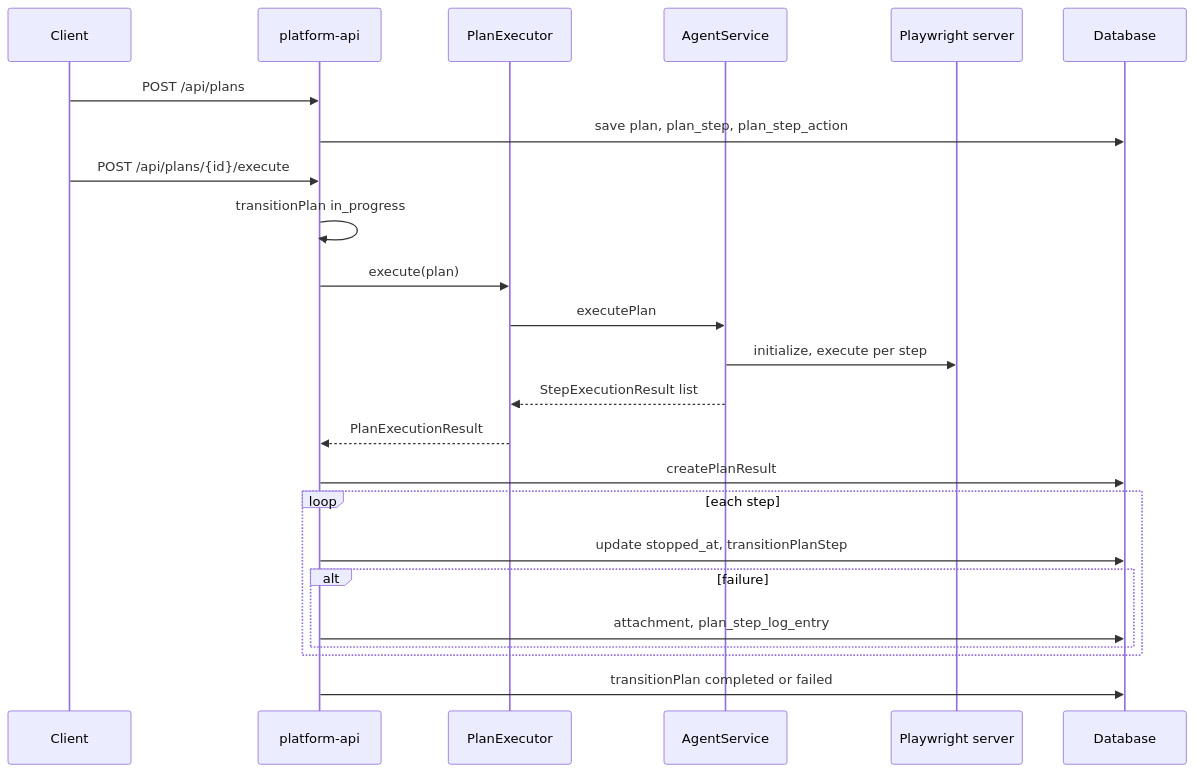
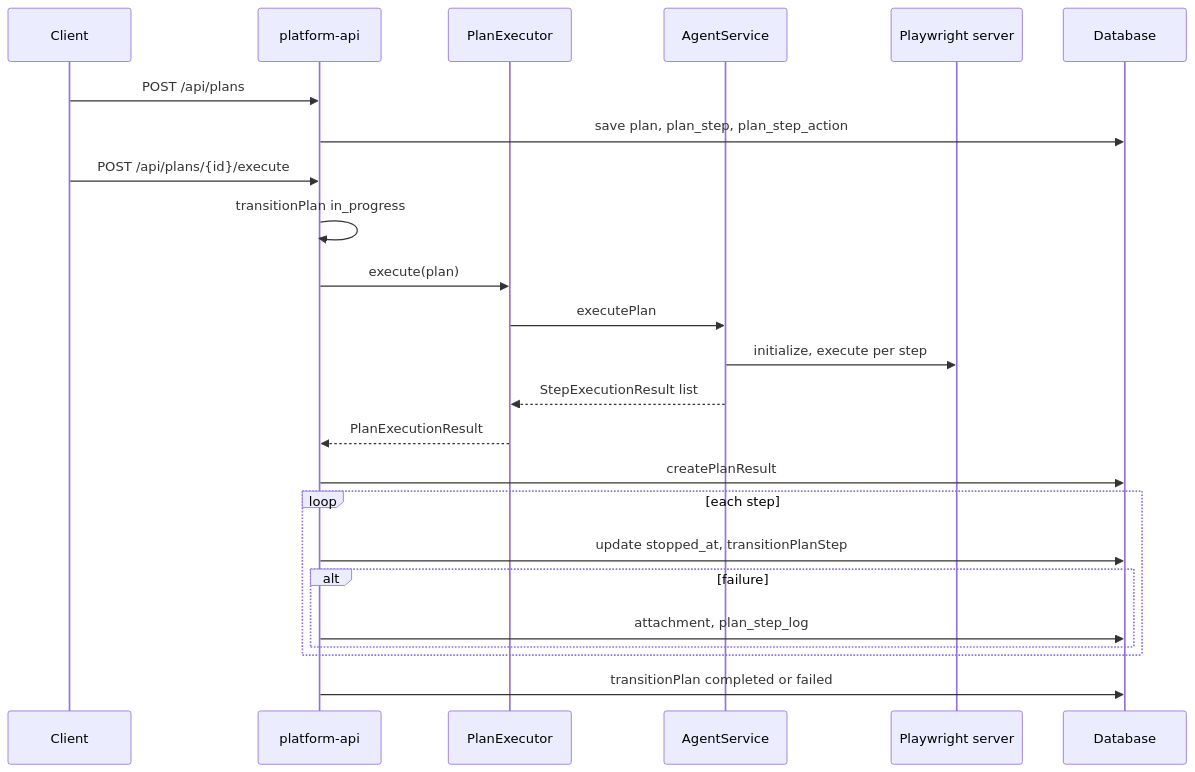
Before and after one commit to Zaborstik/automation-platform: the second of 2 diagrams in docs/ARCHITECTURE.md, drawn with Mermaid. The commit also changed other lines of this file and 18 other files, not shown here.

````diff
--- a/docs/ARCHITECTURE.md
+++ b/docs/ARCHITECTURE.md
@@ -155,26 +155,26 @@
 ```mermaid
 sequenceDiagram
   participant Client
   participant API as platform-api
   participant PE as PlanExecutor
   participant AS as AgentService
   participant Node as Playwright server
   participant DB as Database
   Client->>API: POST /api/plans
   API->>DB: save plan, plan_step, plan_step_action
   Client->>API: POST /api/plans/{id}/execute
   API->>API: transitionPlan in_progress
   API->>PE: execute(plan)
   PE->>AS: executePlan
   AS->>Node: initialize, execute per step
   AS-->>PE: StepExecutionResult list
   PE-->>API: PlanExecutionResult
   API->>DB: createPlanResult
   loop each step
     API->>DB: update stopped_at, transitionPlanStep
     alt failure
-      API->>DB: attachment, plan_step_log_entry
+      API->>DB: attachment, plan_step_log
     end
   end
   API->>DB: transitionPlan completed or failed
 ```
````
